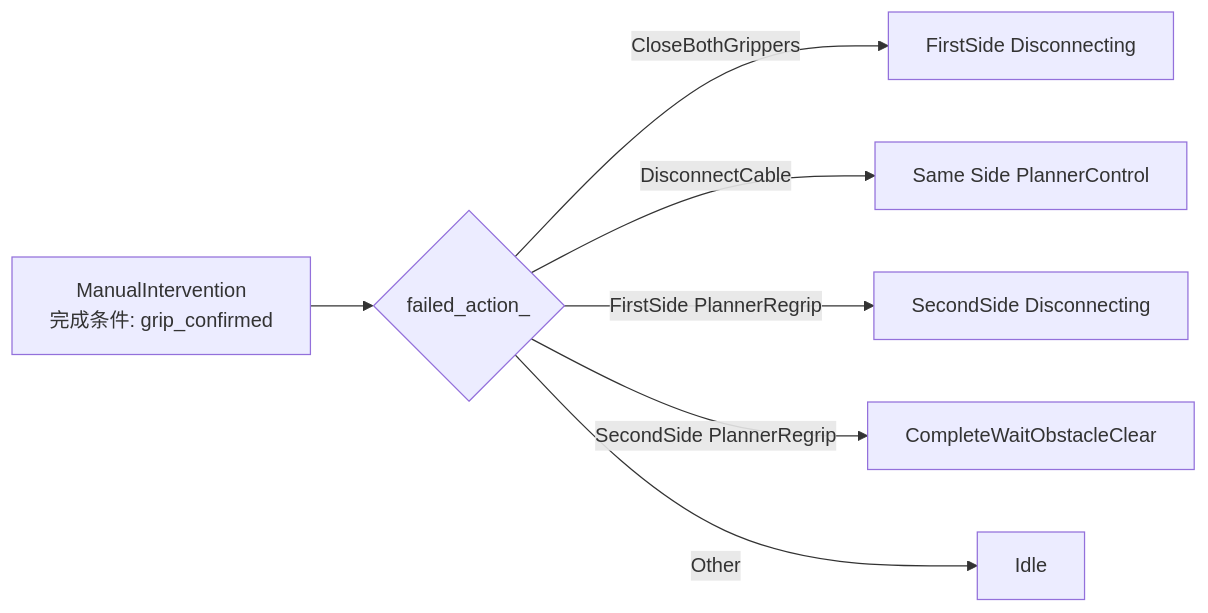
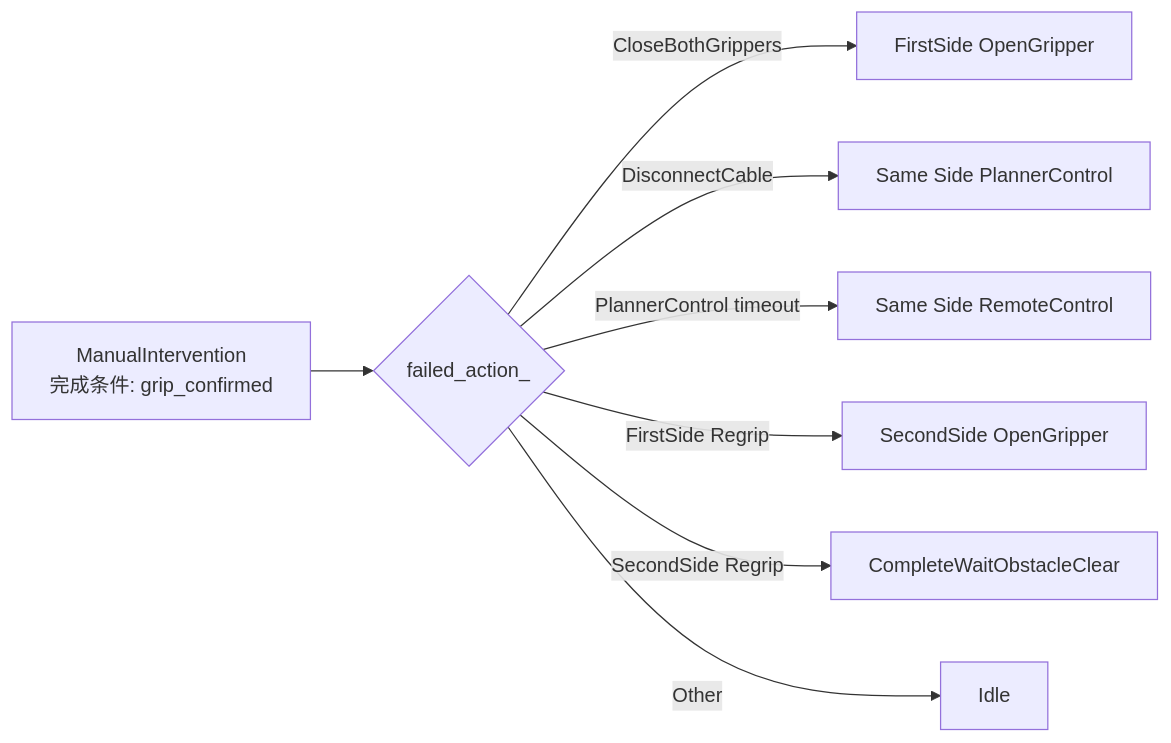
Before and after one commit to major173/b29_control: the eighth of 12 diagrams in b29_controllers/b29_smc_auto_controller/OBSTACLE_CROSSING_WORKFLOW.md, drawn with Mermaid. The commit also changed other lines of this file and 69 other files, not shown here.

Commit message:
Add state machine for obstacle-crossing procedure and Planner command receiving node

````diff
--- a/b29_controllers/b29_smc_auto_controller/OBSTACLE_CROSSING_WORKFLOW.md
+++ b/b29_controllers/b29_smc_auto_controller/OBSTACLE_CROSSING_WORKFLOW.md
@@ -191,9 +198,10 @@
 ```mermaid
 flowchart LR
   MI["ManualIntervention\n完成条件: grip_confirmed"] --> A{"failed_action_"}
-  A -->|CloseBothGrippers| FD["FirstSide Disconnecting"]
+  A -->|CloseBothGrippers| FO["FirstSide OpenGripper"]
   A -->|DisconnectCable| P["Same Side PlannerControl"]
-  A -->|FirstSide PlannerRegrip| SD["SecondSide Disconnecting"]
-  A -->|SecondSide PlannerRegrip| W["CompleteWaitObstacleClear"]
+  A -->|PlannerControl timeout| RC["Same Side RemoteControl"]
+  A -->|FirstSide Regrip| SO["SecondSide OpenGripper"]
+  A -->|SecondSide Regrip| W["CompleteWaitObstacleClear"]
   A -->|Other| I["Idle"]
 ```
````
